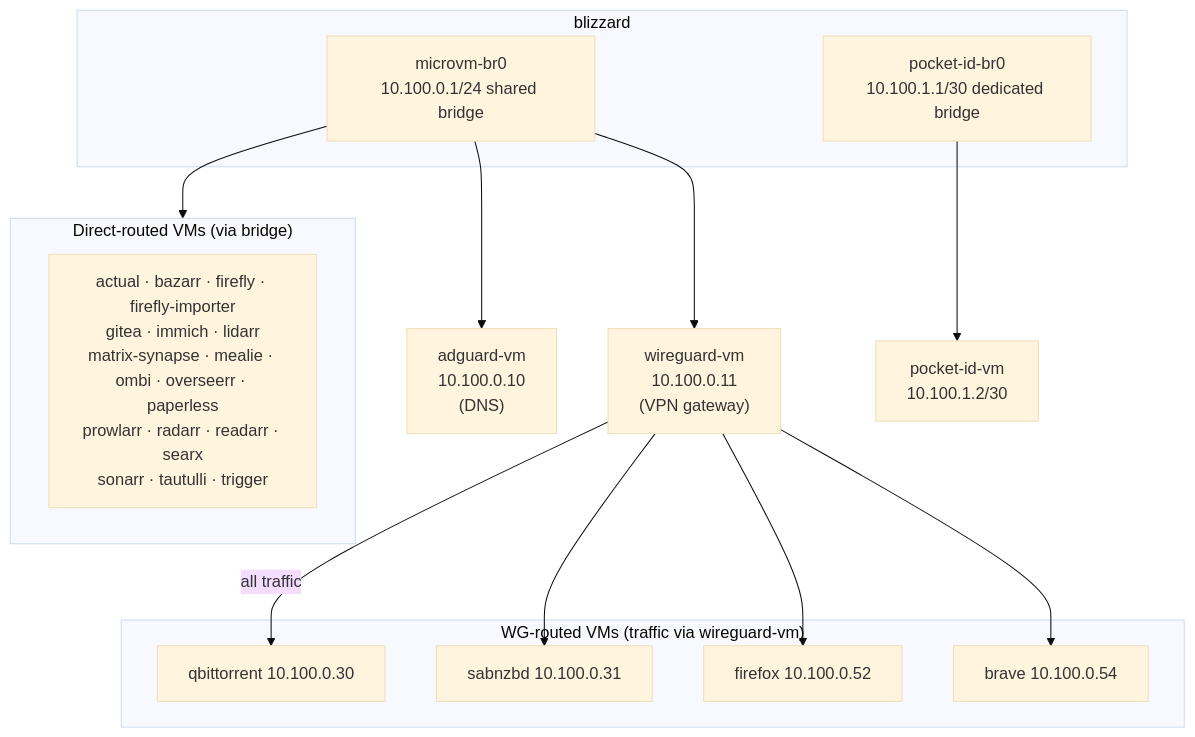
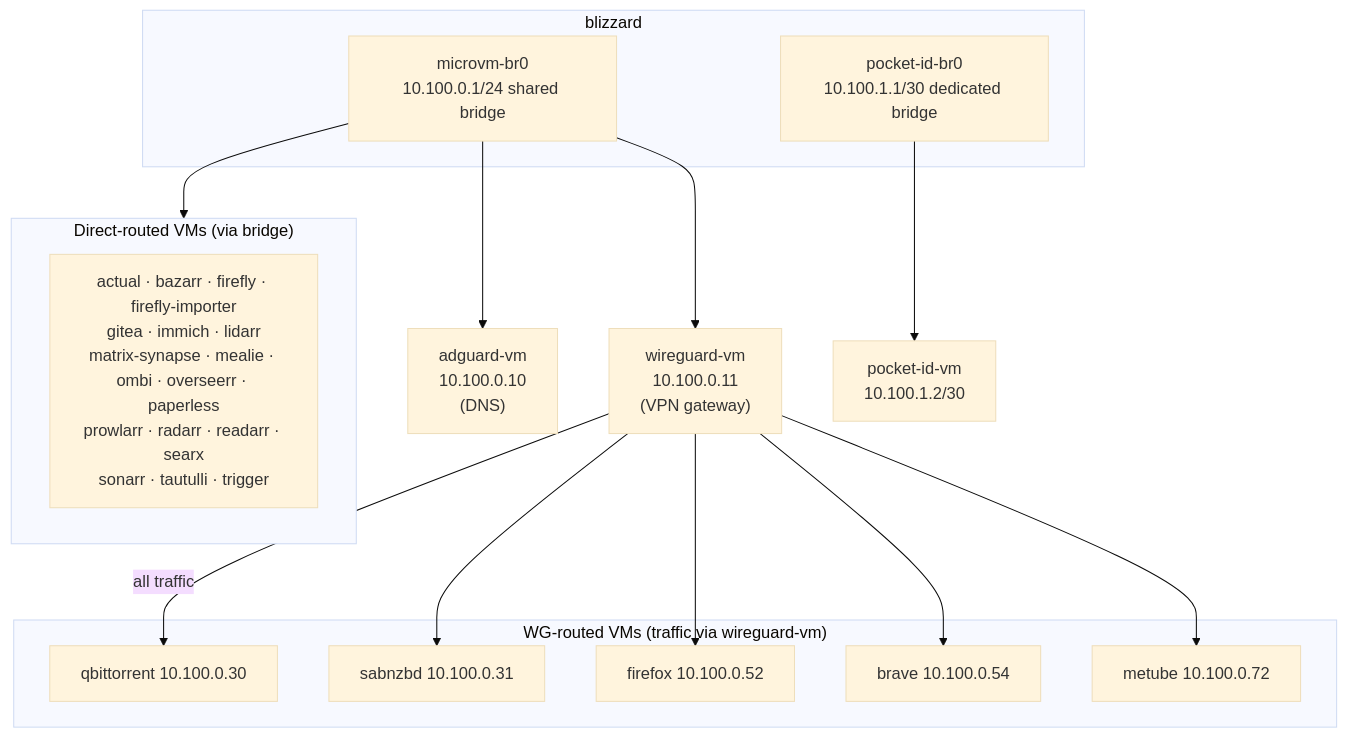
Before and after one commit to telometto/nix-config: the second of 3 diagrams in vms/README.md, drawn with Mermaid (base theme). The commit also changed other lines of this file, not shown here.

````diff
--- a/vms/README.md
+++ b/vms/README.md
@@ -32,32 +32,34 @@
 ```mermaid
 flowchart TB
     subgraph host["blizzard"]
         bridge["microvm-br0\n10.100.0.1/24 shared bridge"]
         idbridge["pocket-id-br0\n10.100.1.1/30 dedicated bridge"]
     end
 
     adguard["adguard-vm\n10.100.0.10\n(DNS)"]
     wg["wireguard-vm\n10.100.0.11\n(VPN gateway)"]
 
     subgraph direct["Direct-routed VMs (via bridge)"]
         d1["actual · bazarr · firefly · firefly-importer\ngitea · immich · lidarr\nmatrix-synapse · mealie · ombi · overseerr · paperless\nprowlarr · radarr · readarr · searx\nsonarr · tautulli · trigger"]
     end
 
     subgraph wgrouted["WG-routed VMs (traffic via wireguard-vm)"]
         w1["qbittorrent 10.100.0.30"]
         w2["sabnzbd 10.100.0.31"]
         w3["firefox 10.100.0.52"]
         w4["brave 10.100.0.54"]
+        w5["metube 10.100.0.72"]
     end
 
     bridge --> adguard
     bridge --> wg
     bridge --> direct
     wg -->|"all traffic"| w1
     wg --> w2
     wg --> w3
     wg --> w4
+    wg --> w5
 
     pocket["pocket-id-vm\n10.100.1.2/30"]
     idbridge --> pocket
 ```
````
